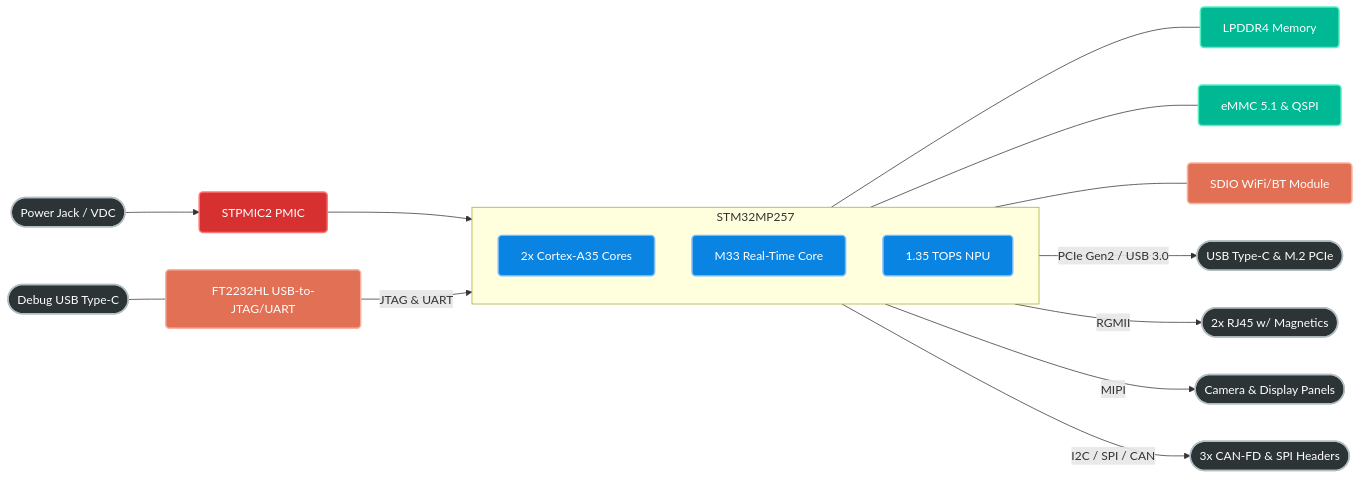
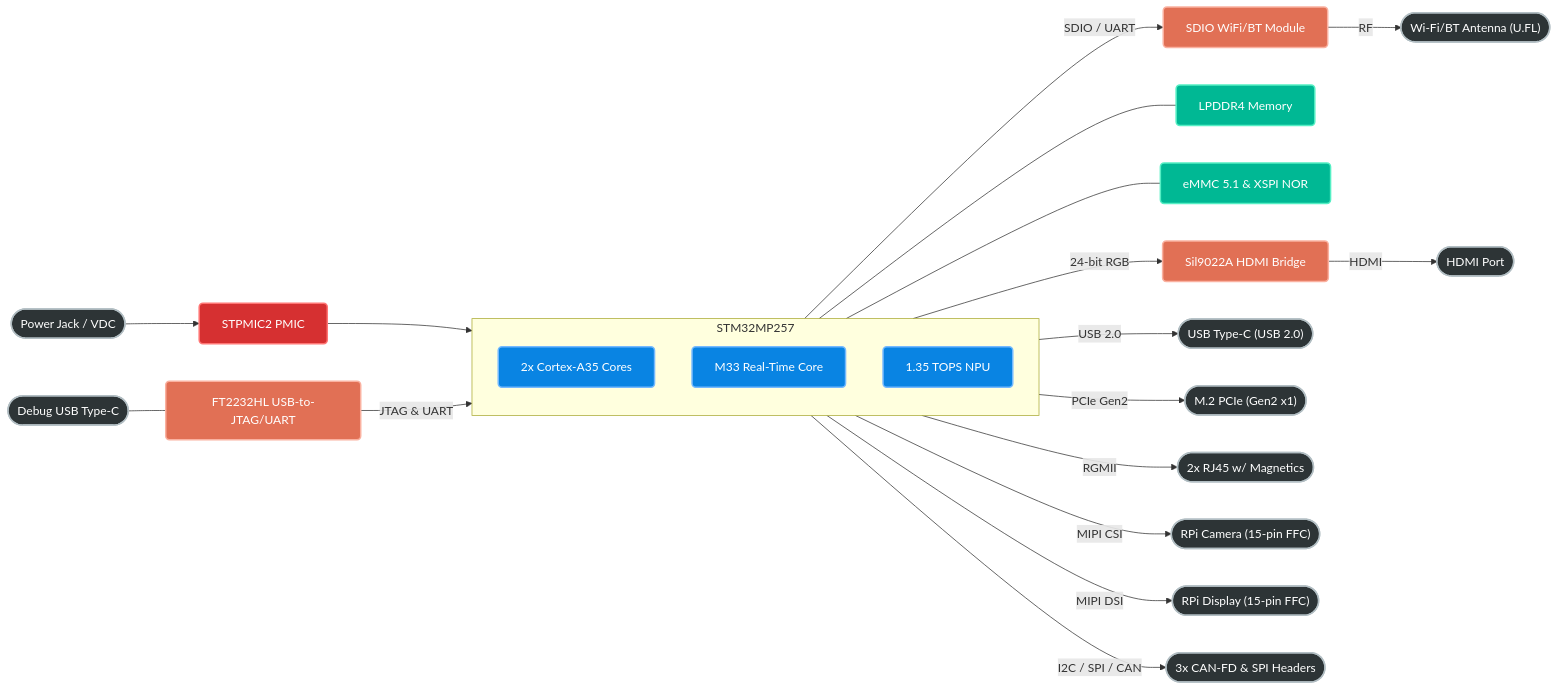
Before and after one commit to AhmadAbdel-R/universal-robotics-soc: the diagram in docs/architecture/stm32mp25-system-design.md, drawn with Mermaid. The commit also changed other lines of this file and 8 other files, not shown here.

Commit message:
Fix STM32MP257 memory, PCIe/USB, package, and CubeMX architecture docs

````diff
--- a/docs/architecture/stm32mp25-system-design.md
+++ b/docs/architecture/stm32mp25-system-design.md
@@ -23,52 +23,62 @@
 ```mermaid
 flowchart LR
     %% Color Definitions
     classDef external fill:#2d3436,stroke:#b2bec3,stroke-width:2px,color:#fff,rx:5px,ry:5px;
     classDef core fill:#0984e3,stroke:#74b9ff,stroke-width:2px,color:#fff,rx:5px,ry:5px;
     classDef memory fill:#00b894,stroke:#55efc4,stroke-width:2px,color:#fff,rx:5px,ry:5px;
     classDef io fill:#e17055,stroke:#fab1a0,stroke-width:2px,color:#fff,rx:5px,ry:5px;
     classDef pwr fill:#d63031,stroke:#ff7675,stroke-width:2px,color:#fff,rx:5px,ry:5px;
 
     %% Left Side: Power & Debug Inputs
     PWR_JACK(["Power Jack / VDC"]):::external
     DEBUG_USB(["Debug USB Type-C"]):::external
     
     %% Support ICs
     FTDI["FT2232HL USB-to-JTAG/UART"]:::io
     PMIC["STPMIC2 PMIC"]:::pwr
+    HDMI_PHY["Sil9022A HDMI Bridge"]:::io
 
     %% The SoC
     subgraph SOC ["STM32MP257"]
         direction TB
         CPU["2x Cortex-A35 Cores"]:::core
         RT["M33 Real-Time Core"]:::core
         NPU["1.35 TOPS NPU"]:::core
     end
 
     %% Internal Subsystems (Grouped right of SoC core)
     RAM["LPDDR4 Memory"]:::memory
-    FLASH["eMMC 5.1 & QSPI"]:::memory
+    FLASH["eMMC 5.1 & XSPI NOR"]:::memory
     WIFI["SDIO WiFi/BT Module"]:::io
     
     %% Right Side: External Interfaces
-    USB_PCIE(["USB Type-C & M.2 PCIe"]):::external
+    USB_TYPEC(["USB Type-C (USB 2.0)"]):::external
+    PCIE_M2(["M.2 PCIe (Gen2 x1)"]):::external
     ETH_CONN(["2x RJ45 w/ Magnetics"]):::external
-    CAM_DISP(["Camera & Display Panels"]):::external
+    WIFI_ANT(["Wi-Fi/BT Antenna (U.FL)"]):::external
+    RPI_CSI(["RPi Camera (15-pin FFC)"]):::external
+    RPI_DSI(["RPi Display (15-pin FFC)"]):::external
+    HDMI_CONN(["HDMI Port"]):::external
     ROBOT_IO(["3x CAN-FD & SPI Headers"]):::external
 
     %% Routing logic (Strict Left-to-Right to prevent tangling)
     PWR_JACK --> PMIC
     PMIC --> SOC
     
     DEBUG_USB --- FTDI
     FTDI -->|JTAG & UART| SOC
 
     SOC --- RAM
     SOC --- FLASH
-    SOC --- WIFI
+    SOC -->|SDIO / UART| WIFI
+    WIFI -->|RF| WIFI_ANT
 
-    SOC -->|PCIe Gen2 / USB 3.0| USB_PCIE
+    SOC -->|USB 2.0| USB_TYPEC
+    SOC -->|PCIe Gen2| PCIE_M2
     SOC -->|RGMII| ETH_CONN
-    SOC -->|MIPI| CAM_DISP
+    SOC -->|MIPI CSI| RPI_CSI
+    SOC -->|MIPI DSI| RPI_DSI
+    SOC -->|24-bit RGB| HDMI_PHY
+    HDMI_PHY -->|HDMI| HDMI_CONN
     SOC -->|I2C / SPI / CAN| ROBOT_IO
 ```
````
